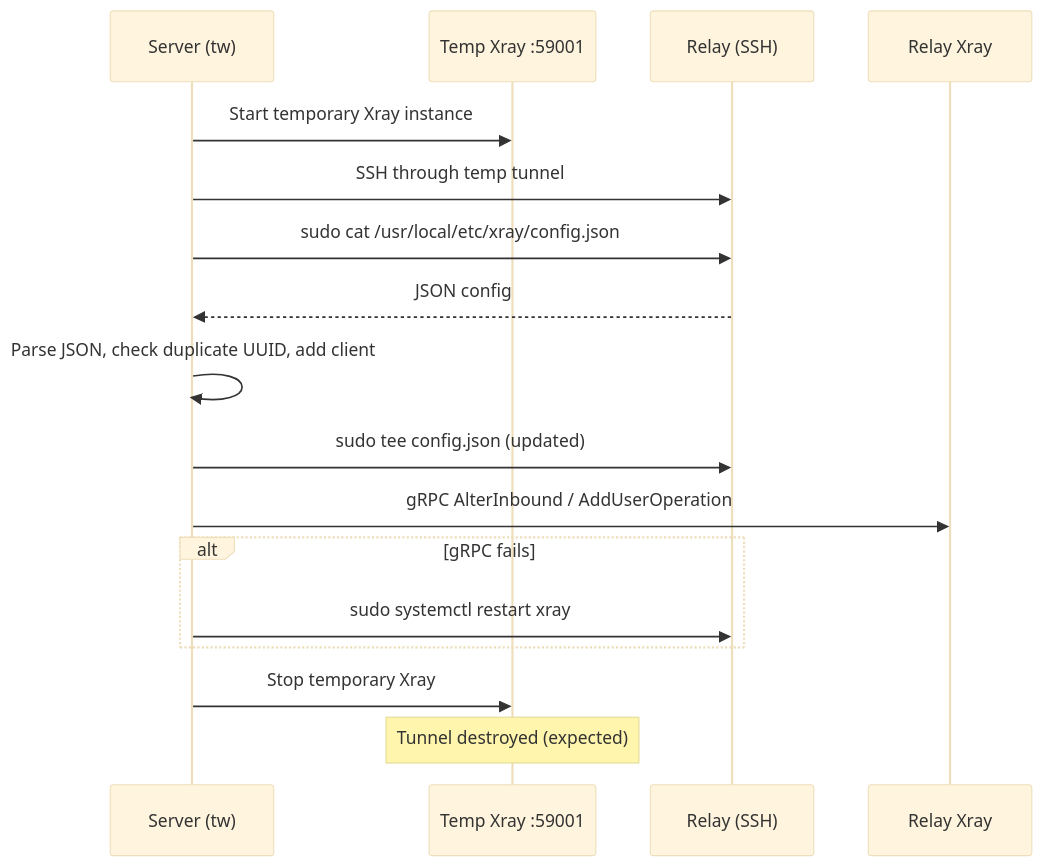
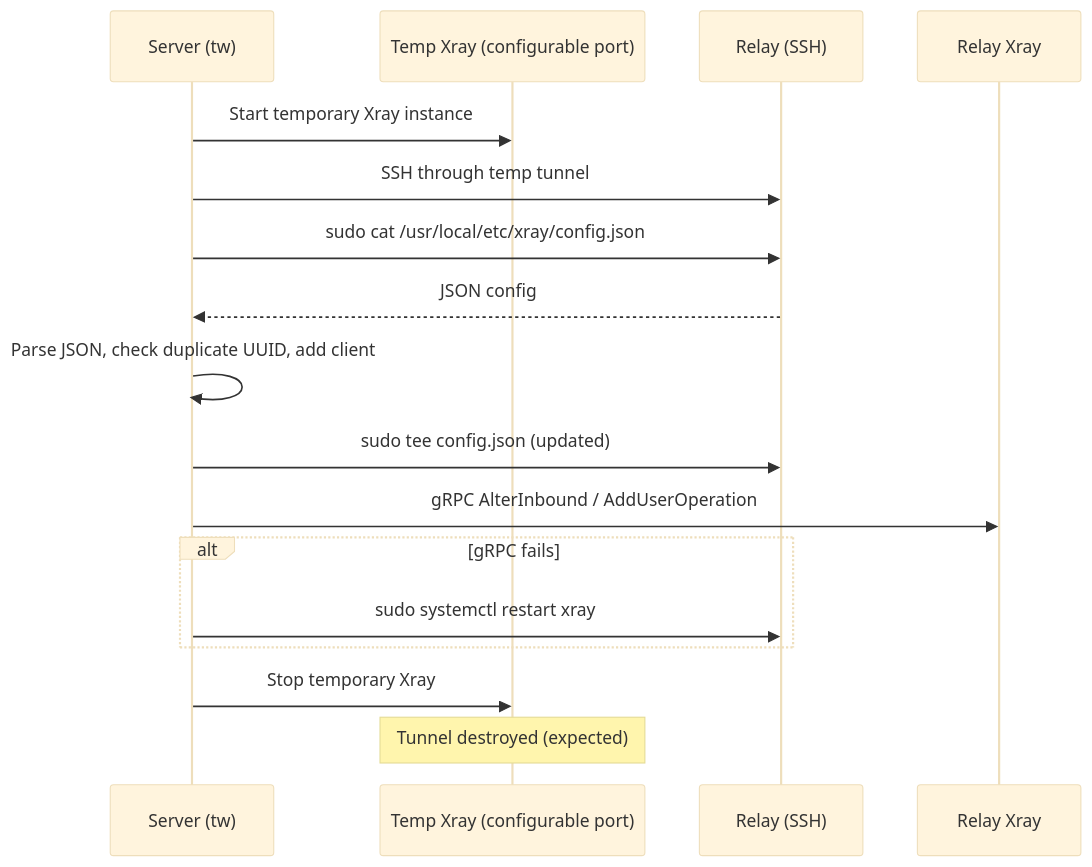
Before and after one commit to Tunnel-Whisperer/Tunnel-Whisperer: the second of 7 diagrams in docs/architecture/cross-cutting.md, drawn with Mermaid (base theme). The commit also changed other lines of this file and 14 other files, not shown here.

````diff
--- a/docs/architecture/cross-cutting.md
+++ b/docs/architecture/cross-cutting.md
@@ -57,20 +57,20 @@
 ```mermaid
 sequenceDiagram
     participant S as Server (tw)
-    participant TX as Temp Xray :59001
+    participant TX as Temp Xray (configurable port)
     participant R as Relay (SSH)
     participant XR as Relay Xray
 
     S ->> TX: Start temporary Xray instance
     S ->> R: SSH through temp tunnel
     S ->> R: sudo cat /usr/local/etc/xray/config.json
     R -->> S: JSON config
     S ->> S: Parse JSON, check duplicate UUID, add client
     S ->> R: sudo tee config.json (updated)
     S ->> XR: gRPC AlterInbound / AddUserOperation
     alt gRPC fails
         S ->> R: sudo systemctl restart xray
     end
     S ->> TX: Stop temporary Xray
     Note over TX: Tunnel destroyed (expected)
 ```
````
